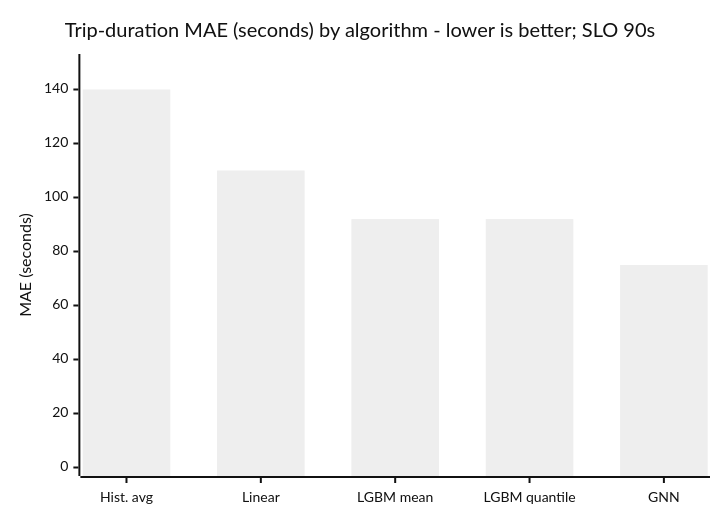
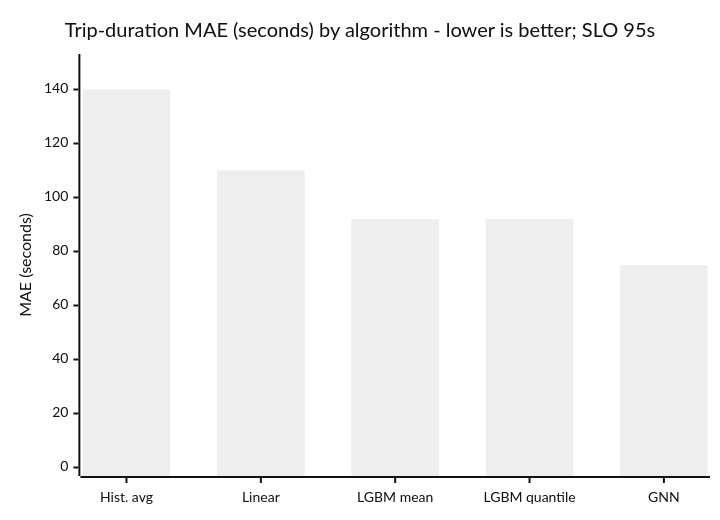
The third of 3 diagrams in src/main/java/com/rutik/systemdesign/ml/case_studies/design_eta_prediction.md (rppol/system-design), drawn with Mermaid (neutral theme) before and after one commit. The commit also changed other lines of this file and 11 other files, not shown here.

````diff
--- a/src/main/java/com/rutik/systemdesign/ml/case_studies/design_eta_prediction.md
+++ b/src/main/java/com/rutik/systemdesign/ml/case_studies/design_eta_prediction.md
@@ -327,7 +328,7 @@
 ```mermaid
 xychart-beta
-    title "Trip-duration MAE (seconds) by algorithm - lower is better; SLO 90s"
+    title "Trip-duration MAE (seconds) by algorithm - lower is better; SLO 95s"
     x-axis ["Hist. avg", "Linear", "LGBM mean", "LGBM quantile", "GNN"]
     y-axis "MAE (seconds)" 0 --> 150
     bar [140, 110, 92, 92, 75]
 ```
````
